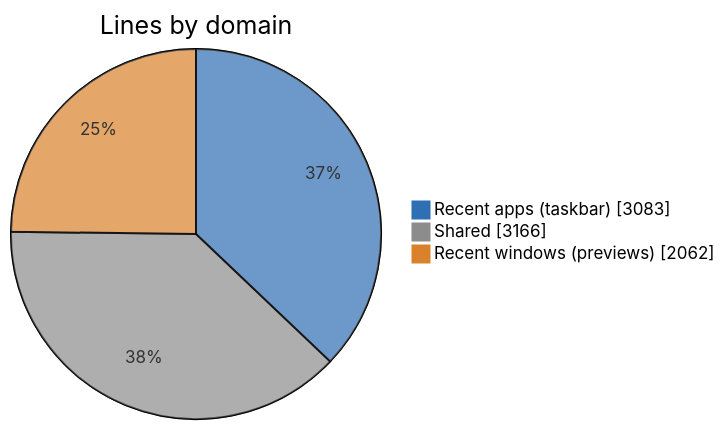
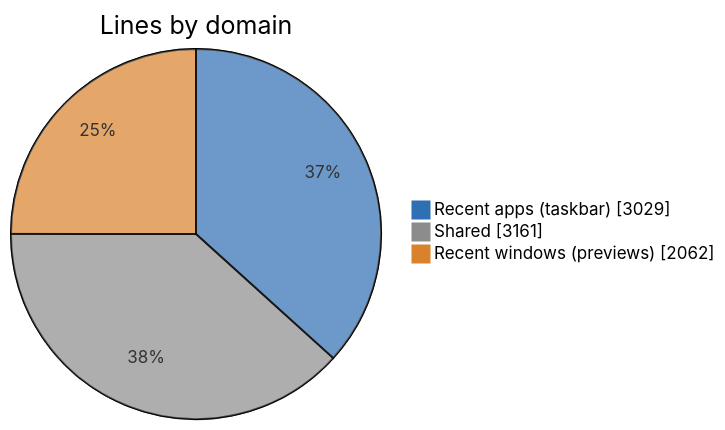
Before and after one commit to jvlasek/taskbar-recent-focus-highlight: the first of 5 diagrams in doc/code/code-breakdown.md, drawn with Mermaid. The commit also changed other lines of this file and 11 other files, not shown here.

````diff
--- a/doc/code/code-breakdown.md
+++ b/doc/code/code-breakdown.md
@@ -15,7 +15,7 @@
 ```mermaid
 %%{init: {"themeVariables": {"pie1": "#2F6FB3", "pie2": "#8C8C8C", "pie3": "#D9822B", "pieOuterStrokeWidth": "1px"}}}%%
 pie showData title Lines by domain
-    "Recent apps (taskbar)" : 3083
-    "Shared" : 3166
+    "Recent apps (taskbar)" : 3029
+    "Shared" : 3161
     "Recent windows (previews)" : 2062
 ```
````
